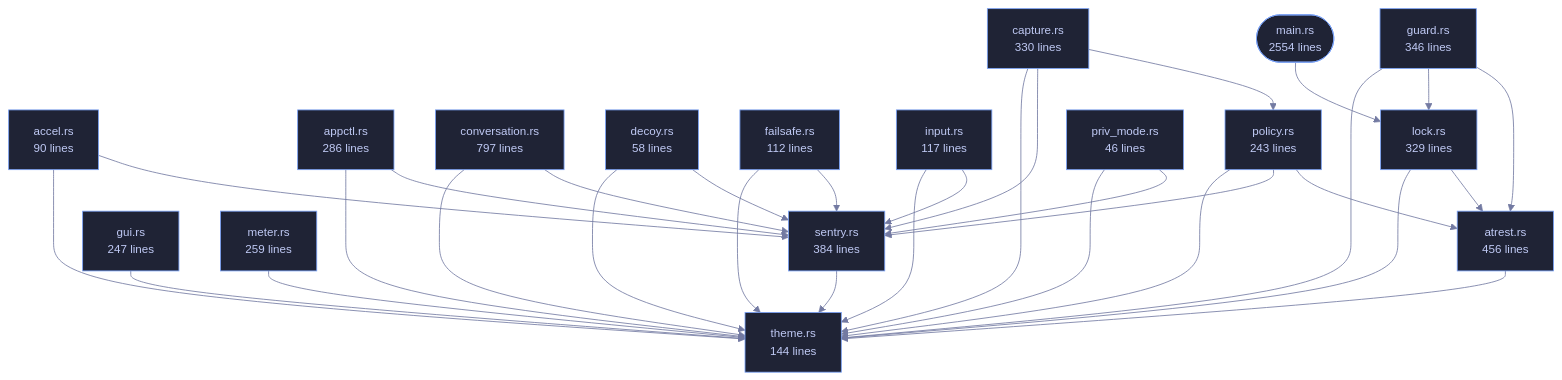
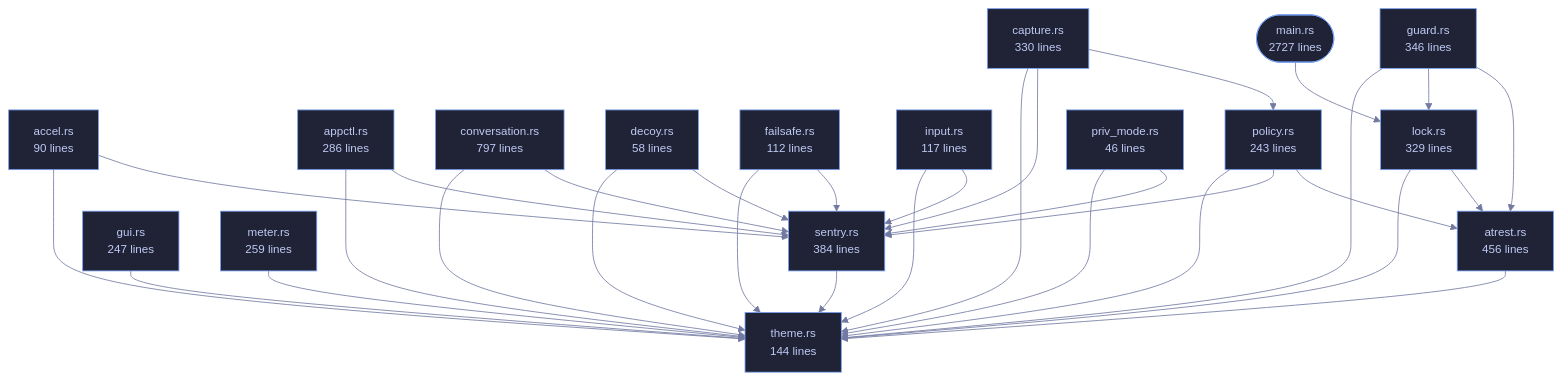
One commit to tilas01/veilvoice changed the diagram in wiki/Crate-veilvoice-cli.md. Above: the diagram before and after it, drawn with Mermaid. The commit also changed other lines of this file and 14 other files, not shown here.

````diff
--- a/wiki/Crate-veilvoice-cli.md
+++ b/wiki/Crate-veilvoice-cli.md
@@ -97,68 +97,68 @@
 ```mermaid
 %%{init: {"theme":"base","themeVariables":{"background":"#1a1b26","primaryColor":"#1f2335","primaryTextColor":"#c0caf5","primaryBorderColor":"#7aa2f7","secondaryColor":"#16161e","tertiaryColor":"#16161e","lineColor":"#737aa2","textColor":"#c0caf5","mainBkg":"#1f2335","nodeBorder":"#7aa2f7","clusterBkg":"#16161e","clusterBorder":"#2f3549","fontFamily":"ui-monospace, SFMono-Regular, Consolas, monospace","fontSize":"14px"}}}%%
 flowchart TD
-    n_main(["main.rs<br/>2554 lines"])
+    n_main(["main.rs<br/>2727 lines"])
     n_accel["accel.rs<br/>90 lines"]
     n_appctl["appctl.rs<br/>286 lines"]
     n_atrest["atrest.rs<br/>456 lines"]
     n_capture["capture.rs<br/>330 lines"]
     n_conversation["conversation.rs<br/>797 lines"]
     n_decoy["decoy.rs<br/>58 lines"]
     n_failsafe["failsafe.rs<br/>112 lines"]
     n_guard["guard.rs<br/>346 lines"]
     n_gui["gui.rs<br/>247 lines"]
     n_input["input.rs<br/>117 lines"]
     n_lock["lock.rs<br/>329 lines"]
     n_meter["meter.rs<br/>259 lines"]
     n_policy["policy.rs<br/>243 lines"]
     n_priv_mode["priv_mode.rs<br/>46 lines"]
     n_sentry["sentry.rs<br/>384 lines"]
     n_theme["theme.rs<br/>144 lines"]
     n_accel --> n_sentry
     n_accel --> n_theme
     n_appctl --> n_sentry
     n_appctl --> n_theme
     n_atrest --> n_theme
     n_capture --> n_policy
     n_capture --> n_sentry
     n_capture --> n_theme
     n_conversation --> n_sentry
     n_conversation --> n_theme
     n_decoy --> n_sentry
     n_decoy --> n_theme
     n_failsafe --> n_sentry
     n_failsafe --> n_theme
     n_guard --> n_atrest
     n_guard --> n_lock
     n_guard --> n_theme
     n_gui --> n_theme
     n_input --> n_sentry
     n_input --> n_theme
     n_lock --> n_atrest
     n_lock --> n_theme
     n_main --> n_lock
     n_meter --> n_theme
     n_policy --> n_atrest
     n_policy --> n_sentry
     n_policy --> n_theme
     n_priv_mode --> n_sentry
     n_priv_mode --> n_theme
     n_sentry --> n_theme
     click n_main href "https://github.com/tilas01/veilvoice/blob/main/crates/veilvoice-cli/src/main.rs" "open the source"
     click n_accel href "https://github.com/tilas01/veilvoice/blob/main/crates/veilvoice-cli/src/accel.rs" "open the source"
     click n_appctl href "https://github.com/tilas01/veilvoice/blob/main/crates/veilvoice-cli/src/appctl.rs" "open the source"
     click n_atrest href "https://github.com/tilas01/veilvoice/blob/main/crates/veilvoice-cli/src/atrest.rs" "open the source"
     click n_capture href "https://github.com/tilas01/veilvoice/blob/main/crates/veilvoice-cli/src/capture.rs" "open the source"
     click n_conversation href "https://github.com/tilas01/veilvoice/blob/main/crates/veilvoice-cli/src/conversation.rs" "open the source"
     click n_decoy href "https://github.com/tilas01/veilvoice/blob/main/crates/veilvoice-cli/src/decoy.rs" "open the source"
     click n_failsafe href "https://github.com/tilas01/veilvoice/blob/main/crates/veilvoice-cli/src/failsafe.rs" "open the source"
     click n_guard href "https://github.com/tilas01/veilvoice/blob/main/crates/veilvoice-cli/src/guard.rs" "open the source"
     click n_gui href "https://github.com/tilas01/veilvoice/blob/main/crates/veilvoice-cli/src/gui.rs" "open the source"
     click n_input href "https://github.com/tilas01/veilvoice/blob/main/crates/veilvoice-cli/src/input.rs" "open the source"
     click n_lock href "https://github.com/tilas01/veilvoice/blob/main/crates/veilvoice-cli/src/lock.rs" "open the source"
     click n_meter href "https://github.com/tilas01/veilvoice/blob/main/crates/veilvoice-cli/src/meter.rs" "open the source"
     click n_policy href "https://github.com/tilas01/veilvoice/blob/main/crates/veilvoice-cli/src/policy.rs" "open the source"
     click n_priv_mode href "https://github.com/tilas01/veilvoice/blob/main/crates/veilvoice-cli/src/priv_mode.rs" "open the source"
     click n_sentry href "https://github.com/tilas01/veilvoice/blob/main/crates/veilvoice-cli/src/sentry.rs" "open the source"
     click n_theme href "https://github.com/tilas01/veilvoice/blob/main/crates/veilvoice-cli/src/theme.rs" "open the source"
 ```
````
